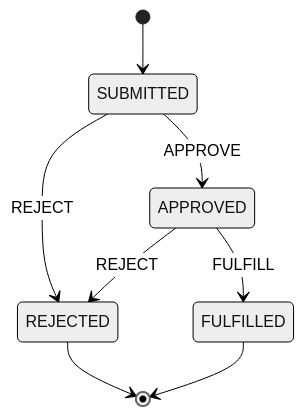
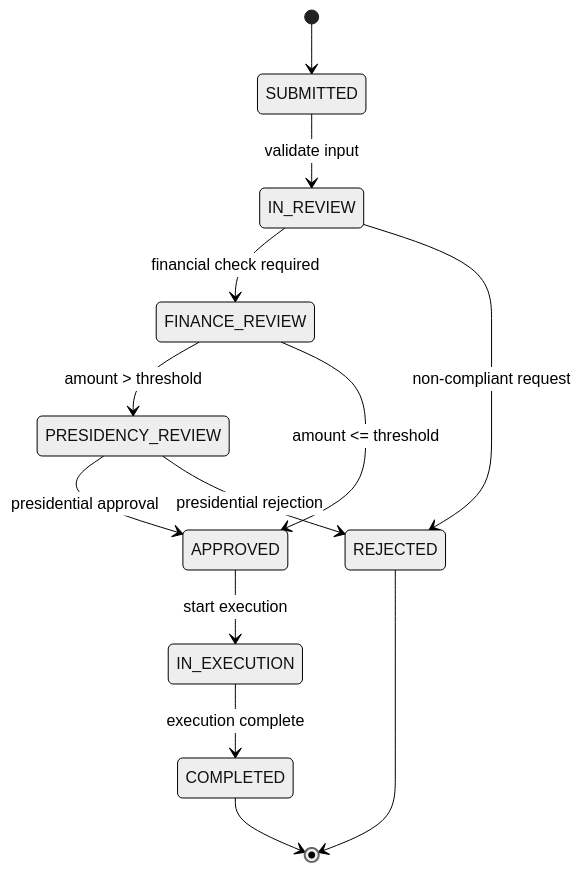
Before and after one commit to RomaoFilipe/StockBackup: the third of 5 diagrams in README.md, drawn with Mermaid (neutral theme). The commit also changed other lines of this file, not shown here.

````diff
--- a/README.md
+++ b/README.md
@@ -69,10 +141,15 @@
 ```mermaid
 stateDiagram-v2
   [*] --> SUBMITTED
-  SUBMITTED --> APPROVED: APPROVE
-  SUBMITTED --> REJECTED: REJECT
-  APPROVED --> FULFILLED: FULFILL
-  APPROVED --> REJECTED: REJECT
+  SUBMITTED --> IN_REVIEW: validate input
+  IN_REVIEW --> FINANCE_REVIEW: financial check required
+  FINANCE_REVIEW --> PRESIDENCY_REVIEW: amount > threshold
+  FINANCE_REVIEW --> APPROVED: amount <= threshold
+  PRESIDENCY_REVIEW --> APPROVED: presidential approval
+  PRESIDENCY_REVIEW --> REJECTED: presidential rejection
+  APPROVED --> IN_EXECUTION: start execution
+  IN_EXECUTION --> COMPLETED: execution complete
+  IN_REVIEW --> REJECTED: non-compliant request
   REJECTED --> [*]
-  FULFILLED --> [*]
+  COMPLETED --> [*]
 ```
````
